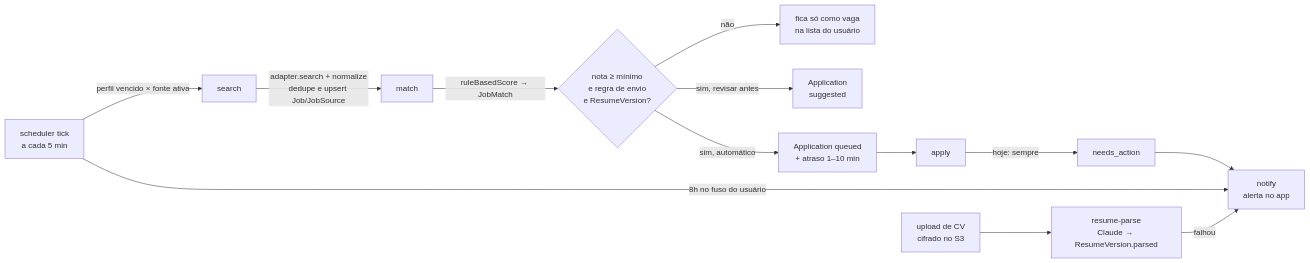
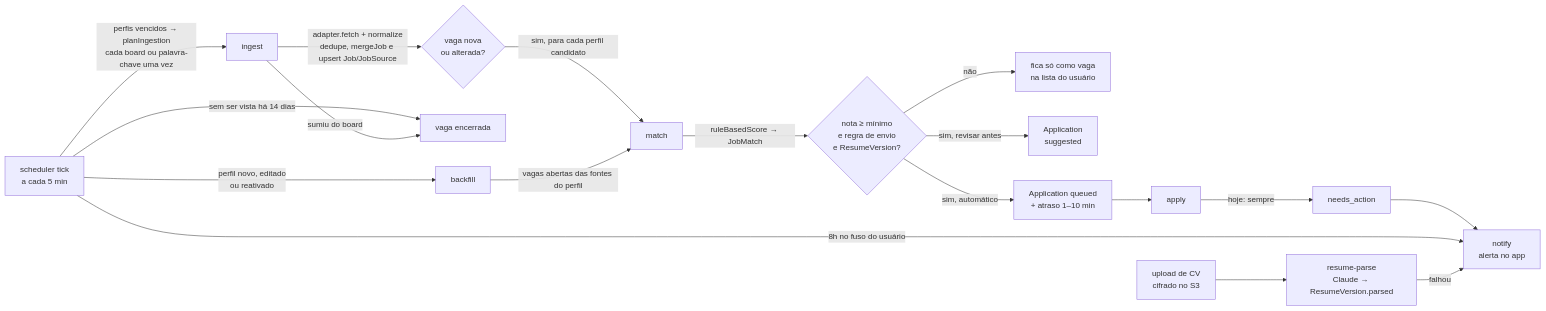
The diagram in docs/visao-geral.md (gabrielAlencar33564/cv-pilot), drawn with Mermaid before and after one commit. The commit also changed other lines of this file and 46 other files, not shown here.

First line of the commit message:
feat: ingestão de vagas desacoplada dos perfis, com catálogo de empresas e expiração

````diff
--- a/docs/visao-geral.md
+++ b/docs/visao-geral.md
@@ -62,15 +63,20 @@
 ```mermaid
 flowchart LR
-  T[scheduler tick<br/>a cada 5 min] -->|perfil vencido × fonte ativa| S[search]
-  S -->|adapter.search + normalize<br/>dedupe e upsert Job/JobSource| M[match]
+  T[scheduler tick<br/>a cada 5 min] -->|perfis vencidos → planIngestion<br/>cada board ou palavra-chave uma vez| I[ingest]
+  T -->|perfil novo, editado<br/>ou reativado| B[backfill]
+  T -->|sem ser vista há 14 dias| X[vaga encerrada]
+  I -->|adapter.fetch + normalize<br/>dedupe, mergeJob e upsert Job/JobSource| C{vaga nova<br/>ou alterada?}
+  I -->|sumiu do board| X
+  C -- sim, para cada perfil candidato --> M[match]
+  B -->|vagas abertas das fontes do perfil| M
   M -->|ruleBasedScore → JobMatch| D{nota ≥ mínimo<br/>e regra de envio<br/>e ResumeVersion?}
   D -- não --> L[fica só como vaga<br/>na lista do usuário]
   D -- sim, revisar antes --> SG[Application<br/>suggested]
   D -- sim, automático --> Q[Application queued<br/>+ atraso 1–10 min]
   Q --> A[apply]
   A -->|hoje: sempre| NA[needs_action]
   NA --> N[notify<br/>alerta no app]
   T -->|8h no fuso do usuário| N
   U[upload de CV<br/>cifrado no S3] --> RP[resume-parse<br/>Claude → ResumeVersion.parsed]
   RP -->|falhou| N
 ```
````
